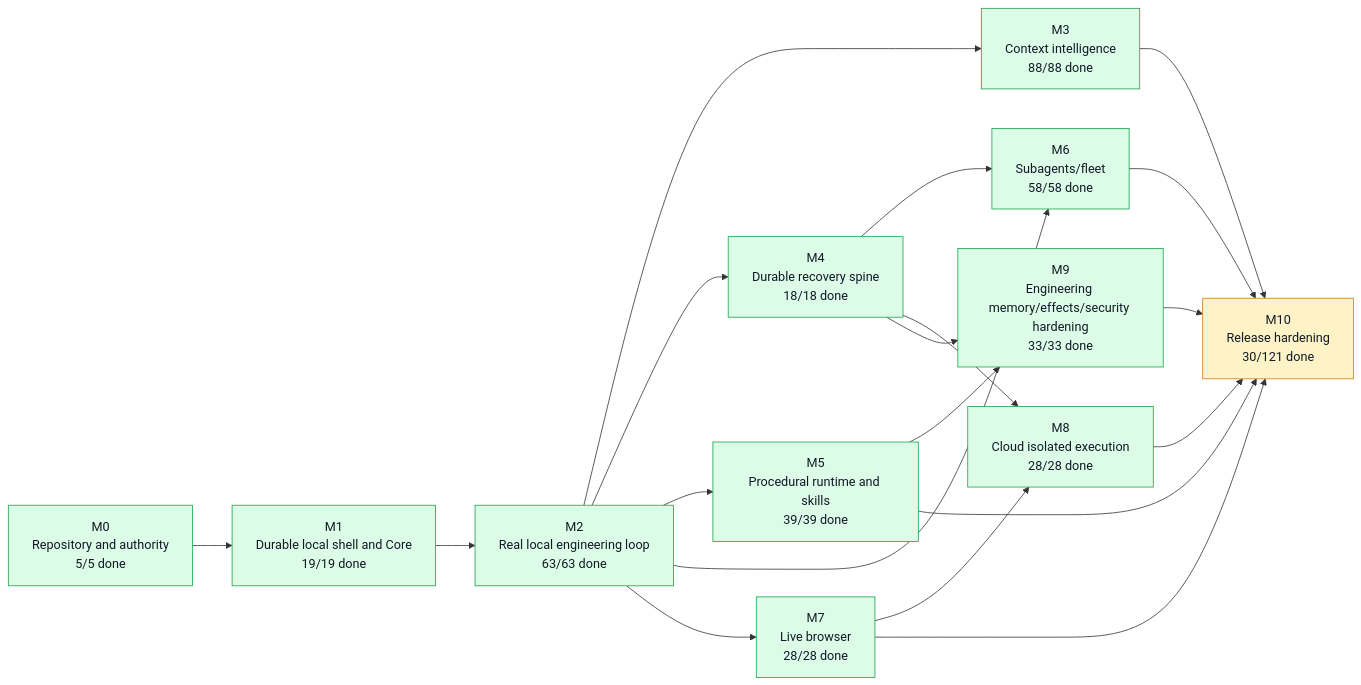
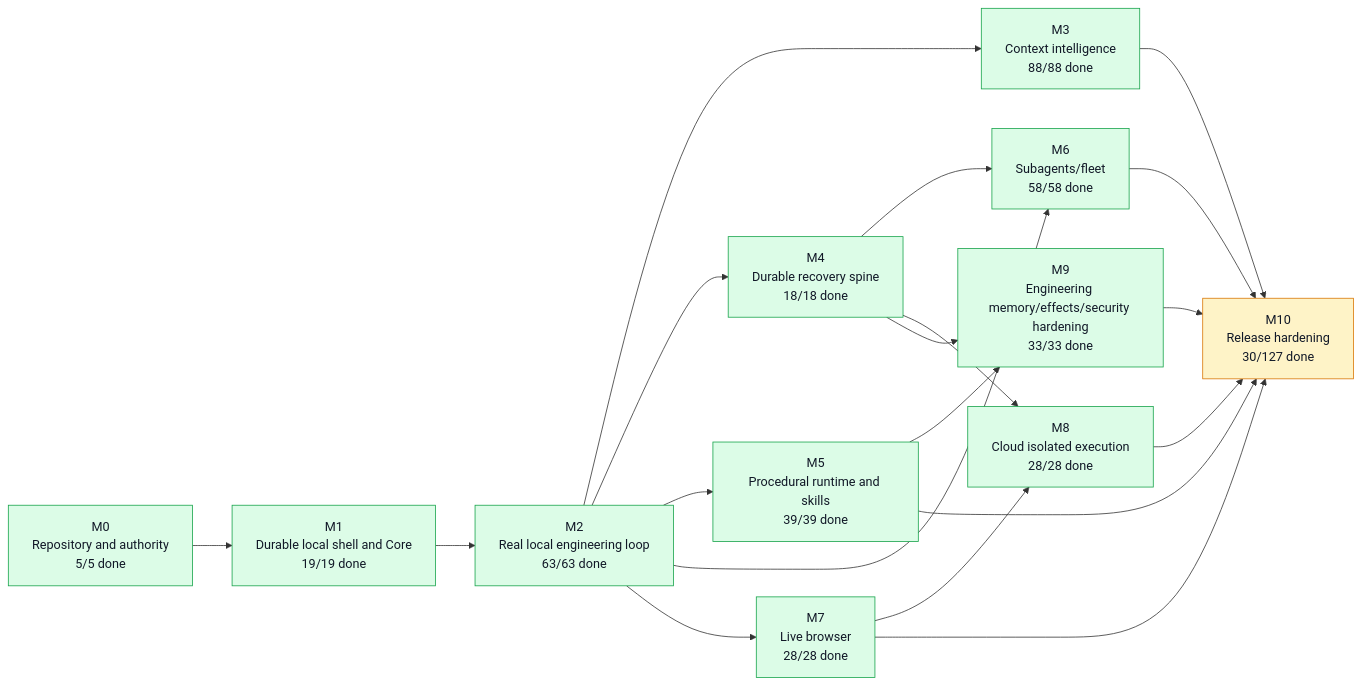
One commit to moss101/modbit changed the first of 5 diagrams in graph/PROJECT_GRAPH.md. Above: the diagram before and after it, drawn with Mermaid. The commit also changed other lines of this file and 196 other files, not shown here.

````diff
--- a/graph/PROJECT_GRAPH.md
+++ b/graph/PROJECT_GRAPH.md
@@ -57,43 +57,43 @@
 ```mermaid
 flowchart LR
   M0["M0<br/>Repository and authority<br/>5/5 done"]
   M1["M1<br/>Durable local shell and Core<br/>19/19 done"]
   M2["M2<br/>Real local engineering loop<br/>63/63 done"]
   M3["M3<br/>Context intelligence<br/>88/88 done"]
   M4["M4<br/>Durable recovery spine<br/>18/18 done"]
   M5["M5<br/>Procedural runtime and skills<br/>39/39 done"]
   M6["M6<br/>Subagents/fleet<br/>58/58 done"]
   M7["M7<br/>Live browser<br/>28/28 done"]
   M8["M8<br/>Cloud isolated execution<br/>28/28 done"]
   M9["M9<br/>Engineering memory/effects/security hardening<br/>33/33 done"]
-  M10["M10<br/>Release hardening<br/>30/121 done"]
+  M10["M10<br/>Release hardening<br/>30/127 done"]
   M0 --> M1
   M1 --> M2
   M2 --> M3
   M2 --> M4
   M2 --> M5
   M2 --> M6
   M4 --> M6
   M2 --> M7
   M4 --> M8
   M7 --> M8
   M4 --> M9
   M5 --> M9
   M3 --> M10
   M5 --> M10
   M6 --> M10
   M7 --> M10
   M8 --> M10
   M9 --> M10
   style M0 fill:#dcfce7,stroke:#16a34a,color:#111827
   style M1 fill:#dcfce7,stroke:#16a34a,color:#111827
   style M2 fill:#dcfce7,stroke:#16a34a,color:#111827
   style M3 fill:#dcfce7,stroke:#16a34a,color:#111827
   style M4 fill:#dcfce7,stroke:#16a34a,color:#111827
   style M5 fill:#dcfce7,stroke:#16a34a,color:#111827
   style M6 fill:#dcfce7,stroke:#16a34a,color:#111827
   style M7 fill:#dcfce7,stroke:#16a34a,color:#111827
   style M8 fill:#dcfce7,stroke:#16a34a,color:#111827
   style M9 fill:#dcfce7,stroke:#16a34a,color:#111827
   style M10 fill:#fef3c7,stroke:#d97706,color:#111827
 ```
````
